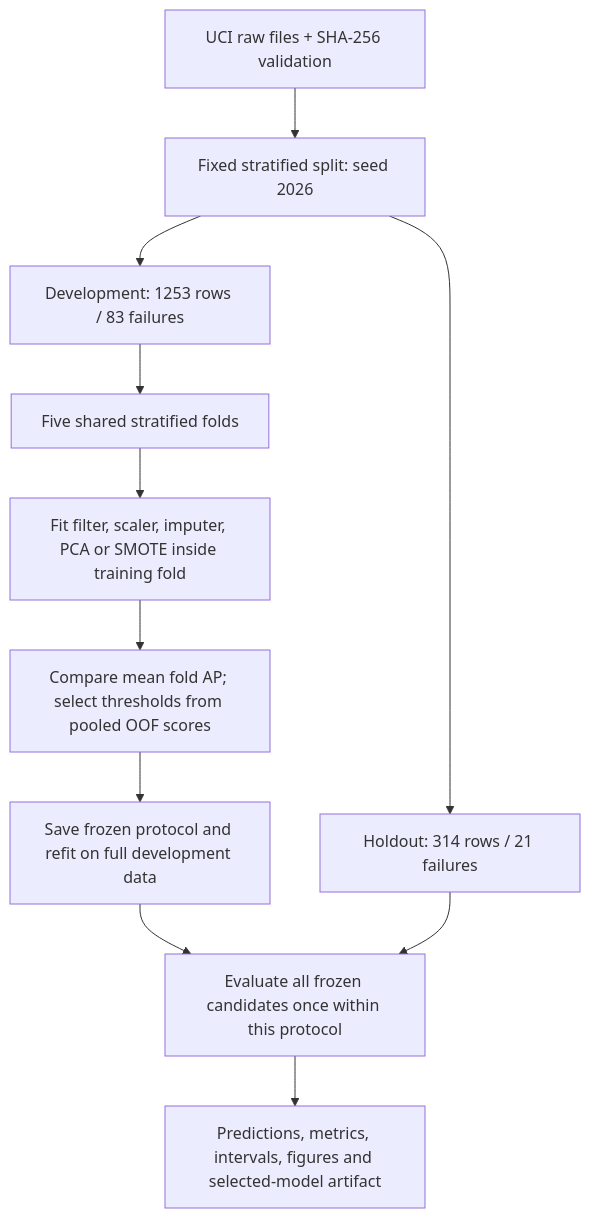
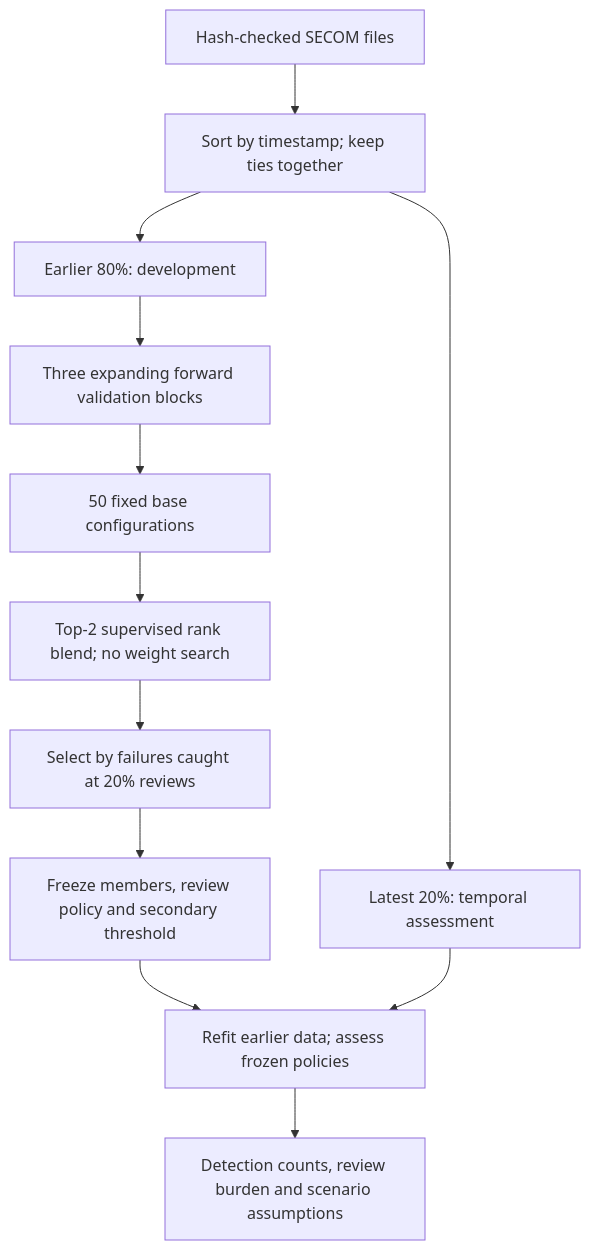
One commit to Paul-Lai0111/semiconductor-yield-anomaly-detection changed the diagram in README.md. Above: the diagram before and after it, drawn with Mermaid. The commit also changed other lines of this file and 37 other files, not shown here.

Commit message:
Compare 50 failure detectors with temporal review policies

````diff
--- a/README.md
+++ b/README.md
@@ -63,13 +38,14 @@
 ```mermaid
 flowchart TD
-    A[UCI raw files + SHA-256 validation] --> B[Fixed stratified split: seed 2026]
-    B --> C[Development: 1253 rows / 83 failures]
-    B --> H[Holdout: 314 rows / 21 failures]
-    C --> D[Five shared stratified folds]
-    D --> E[Fit filter, scaler, imputer, PCA or SMOTE inside training fold]
-    E --> F[Compare mean fold AP; select thresholds from pooled OOF scores]
-    F --> G[Save frozen protocol and refit on full development data]
-    G --> I[Evaluate all frozen candidates once within this protocol]
-    H --> I
-    I --> J[Predictions, metrics, intervals, figures and selected-model artifact]
+    A[Hash-checked SECOM files] --> B[Sort by timestamp; keep ties together]
+    B --> C[Earlier 80%: development]
+    B --> H[Latest 20%: temporal assessment]
+    C --> D[Three expanding forward validation blocks]
+    D --> E[50 fixed base configurations]
+    E --> F[Top-2 supervised rank blend; no weight search]
+    F --> G[Select by failures caught at 20% reviews]
+    G --> I[Freeze members, review policy and secondary threshold]
+    I --> J[Refit earlier data; assess frozen policies]
+    H --> J
+    J --> K[Detection counts, review burden and scenario assumptions]
 ```
````
